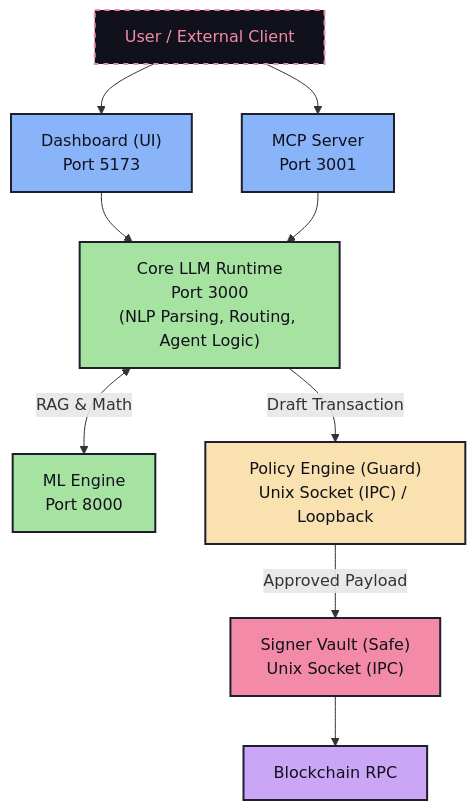
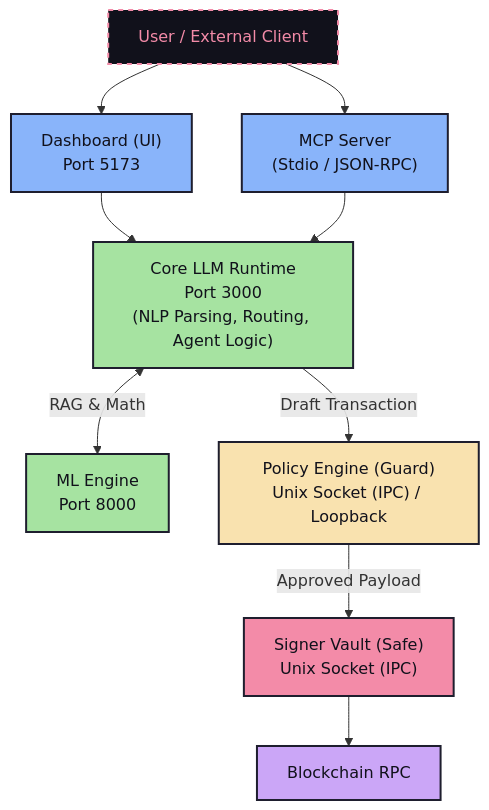
One commit to nyxoraAI/Nyxora changed the diagram in README.md. Above: the diagram before and after it, drawn with Mermaid. The commit also changed other lines of this file and 17 other files, not shown here.

````diff
--- a/README.md
+++ b/README.md
@@ -129,34 +129,34 @@
 ```mermaid
 graph TD
     classDef default fill:#1E1E2E,stroke:#4C4F69,stroke-width:2px,color:#CDD6F4;
     classDef external fill:#11111B,stroke:#F38BA8,stroke-width:2px,color:#F38BA8,stroke-dasharray: 5 5;
     classDef ui fill:#89B4FA,stroke:#1E1E2E,stroke-width:2px,color:#11111B;
     classDef core fill:#A6E3A1,stroke:#1E1E2E,stroke-width:2px,color:#11111B;
     classDef policy fill:#F9E2AF,stroke:#1E1E2E,stroke-width:2px,color:#11111B;
     classDef signer fill:#F38BA8,stroke:#1E1E2E,stroke-width:2px,color:#11111B;
     classDef blockchain fill:#CBA6F7,stroke:#1E1E2E,stroke-width:2px,color:#11111B;
 
     User["User / External Client"]:::external
 
     Dashboard["Dashboard (UI)<br/>Port 5173"]:::ui
-    MCP["MCP Server<br/>Port 3001"]:::ui
+    MCP["MCP Server<br/>(Stdio / JSON-RPC)"]:::ui
 
     Core["Core LLM Runtime<br/>Port 3000<br/>(NLP Parsing, Routing, Agent Logic)"]:::core
 
     ML["ML Engine<br/>Port 8000"]:::core
     Policy["Policy Engine (Guard)<br/>Unix Socket (IPC) / Loopback"]:::policy
     Signer["Signer Vault (Safe)<br/>Unix Socket (IPC)"]:::signer
 
     RPC["Blockchain RPC"]:::blockchain
 
     User --> Dashboard
     User --> MCP
 
     Dashboard --> Core
     MCP --> Core
 
     Core <-->|" RAG & Math "| ML
     Core -->|" Draft Transaction "| Policy
     Policy -->|" Approved Payload "| Signer
     Signer --> RPC
 ```
````
